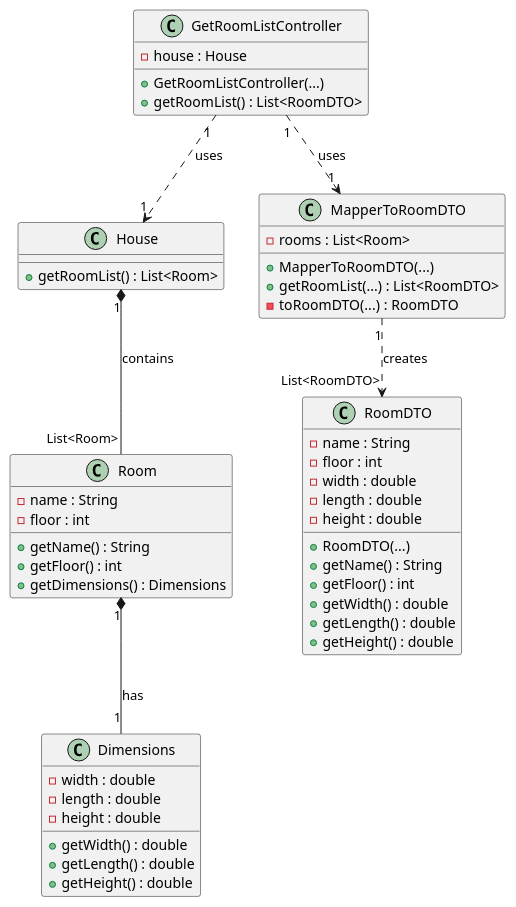
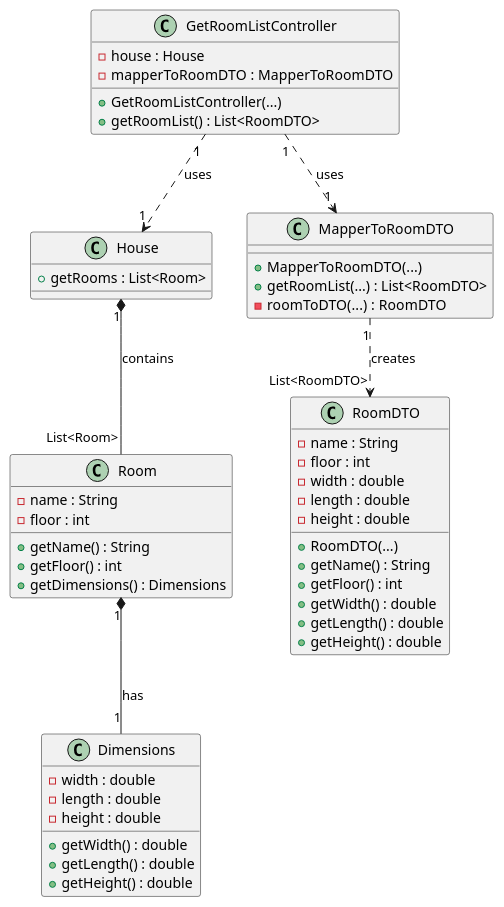
One commit to ozepedrorodrigues/projetoIntermedio changed the diagram in projetoIntermedio/docs/class/useCase/UC03/UC03.puml. Above: the diagram before and after it, drawn with PlantUML.

Commit message:
diagrama de classes US3

```diff
--- a/projetoIntermedio/docs/class/useCase/UC03/UC03.puml
+++ b/projetoIntermedio/docs/class/useCase/UC03/UC03.puml
@@ -1,59 +1,59 @@
 @startuml
 
 class House {
-  + getRoomList() : List<Room>
+  + getRooms : List<Room>
 }
 
 class GetRoomListController {
     - house : House
+    - mapperToRoomDTO : MapperToRoomDTO
     + GetRoomListController(...)
     + getRoomList() : List<RoomDTO>
 }
 
 class MapperToRoomDTO {
-    - rooms : List<Room>
     + MapperToRoomDTO(...)
     + getRoomList(...) : List<RoomDTO>
-    - toRoomDTO(...) : RoomDTO
+    - roomToDTO(...) : RoomDTO
 }
 
 class RoomDTO {
 - name : String
 - floor : int
 - width : double
 - length : double
 - height : double
 
 + RoomDTO(...)
 + getName() : String
 + getFloor() : int
 + getWidth() : double
 + getLength() : double
 + getHeight() : double
 }
 
 class Room {
 - name : String
 - floor : int
 + getName() : String
 + getFloor() : int
 + getDimensions() : Dimensions
 }
 
 class Dimensions {
 - width : double
 - length : double
 - height : double
 
 + getWidth() : double
 + getLength() : double
 + getHeight() : double
 }
 
 GetRoomListController "1" ..> "1" House : uses
 GetRoomListController "1" ..> "1" MapperToRoomDTO : uses
 MapperToRoomDTO "1" ..> "List<RoomDTO>" RoomDTO : creates
 House "1" *-- "List<Room>" Room : contains
 Room "1" *-- "1" Dimensions : has
 
 @enduml
```
